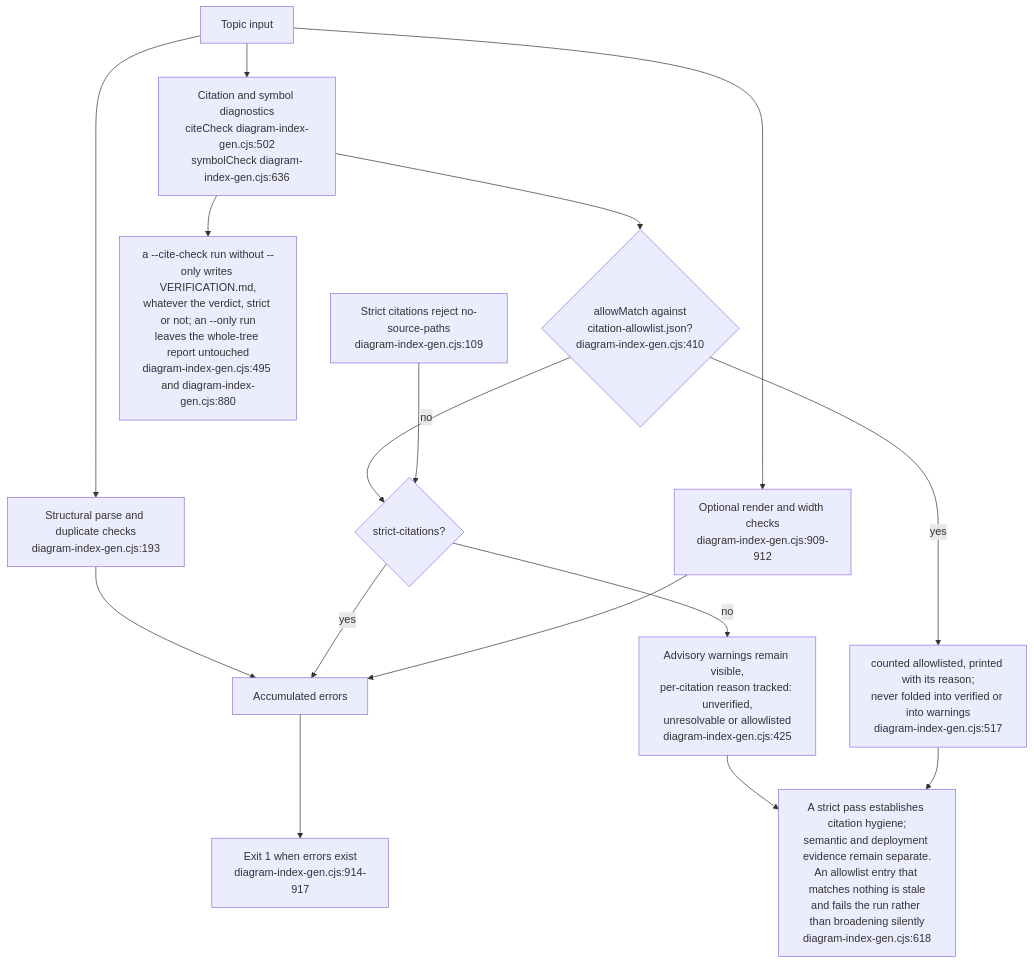
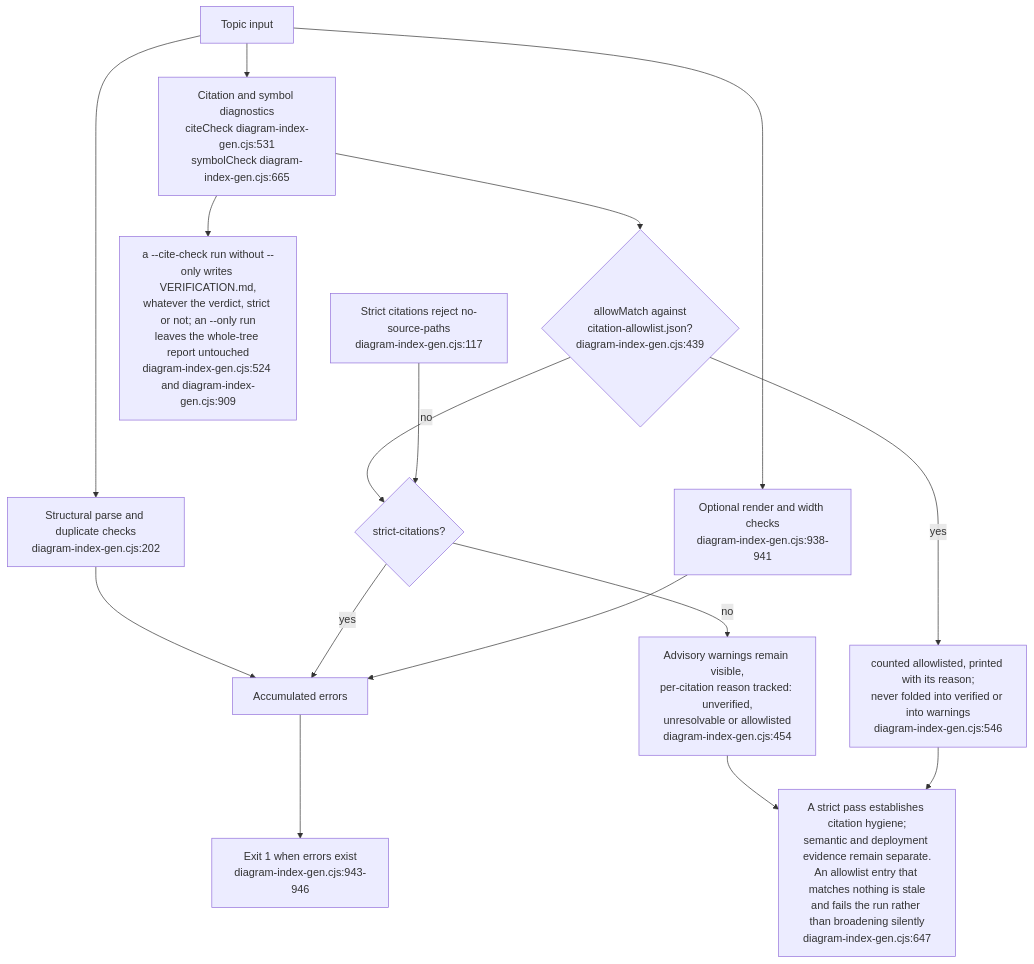
The ninth of 15 diagrams in docs/diagrams/visionflow/06-diagram-tooling.md (DreamLab-AI/VisionFlow), drawn with Mermaid before and after one commit. The commit also changed other lines of this file and 49 other files, not shown here.

First line of the commit message:
docs(diagrams): re-derive and re-stamp VisionClaw, estate, knowledge-graph, visionGraph, VisionFlow and sidestr topics

````diff
--- a/docs/diagrams/visionflow/06-diagram-tooling.md
+++ b/docs/diagrams/visionflow/06-diagram-tooling.md
@@ -292,19 +292,19 @@
 ```mermaid
 flowchart TB
-    I["Topic input"] --> P["Structural parse and duplicate checks<br/>diagram-index-gen.cjs:193"]
+    I["Topic input"] --> P["Structural parse and duplicate checks<br/>diagram-index-gen.cjs:202"]
     P --> ERR["Accumulated errors"]
-    I --> C["Citation and symbol diagnostics<br/>citeCheck diagram-index-gen.cjs:502<br/>symbolCheck diagram-index-gen.cjs:636"]
-    C --> WAIVE{"allowMatch against<br/>citation-allowlist.json?<br/>diagram-index-gen.cjs:410"}
-    WAIVE -->|yes| NOTE["counted allowlisted, printed with its reason;<br/>never folded into verified or into warnings<br/>diagram-index-gen.cjs:517"]
+    I --> C["Citation and symbol diagnostics<br/>citeCheck diagram-index-gen.cjs:531<br/>symbolCheck diagram-index-gen.cjs:665"]
+    C --> WAIVE{"allowMatch against<br/>citation-allowlist.json?<br/>diagram-index-gen.cjs:439"}
+    WAIVE -->|yes| NOTE["counted allowlisted, printed with its reason;<br/>never folded into verified or into warnings<br/>diagram-index-gen.cjs:546"]
     WAIVE -->|no| STRICT{"strict-citations?"}
     STRICT -->|yes| ERR
-    STRICT -->|no| WARN["Advisory warnings remain visible,<br/>per-citation reason tracked: unverified,<br/>unresolvable or allowlisted<br/>diagram-index-gen.cjs:425"]
-    C --> VER["a --cite-check run without --only writes VERIFICATION.md,<br/>whatever the verdict, strict or not; an --only run<br/>leaves the whole-tree report untouched<br/>diagram-index-gen.cjs:495 and diagram-index-gen.cjs:880"]
-    I --> R["Optional render and width checks<br/>diagram-index-gen.cjs:909-912"]
+    STRICT -->|no| WARN["Advisory warnings remain visible,<br/>per-citation reason tracked: unverified,<br/>unresolvable or allowlisted<br/>diagram-index-gen.cjs:454"]
+    C --> VER["a --cite-check run without --only writes VERIFICATION.md,<br/>whatever the verdict, strict or not; an --only run<br/>leaves the whole-tree report untouched<br/>diagram-index-gen.cjs:524 and diagram-index-gen.cjs:909"]
+    I --> R["Optional render and width checks<br/>diagram-index-gen.cjs:938-941"]
     R --> ERR
-    ERR --> FAIL["Exit 1 when errors exist<br/>diagram-index-gen.cjs:914-917"]
-    MODE["Strict citations reject no-source-paths<br/>diagram-index-gen.cjs:109"] --> STRICT
-    LIMIT["A strict pass establishes citation hygiene;<br/>semantic and deployment evidence remain separate.<br/>An allowlist entry that matches nothing is stale<br/>and fails the run rather than broadening silently<br/>diagram-index-gen.cjs:618"]
+    ERR --> FAIL["Exit 1 when errors exist<br/>diagram-index-gen.cjs:943-946"]
+    MODE["Strict citations reject no-source-paths<br/>diagram-index-gen.cjs:117"] --> STRICT
+    LIMIT["A strict pass establishes citation hygiene;<br/>semantic and deployment evidence remain separate.<br/>An allowlist entry that matches nothing is stale<br/>and fails the run rather than broadening silently<br/>diagram-index-gen.cjs:647"]
     WARN --> LIMIT
     NOTE --> LIMIT
 ```
````
